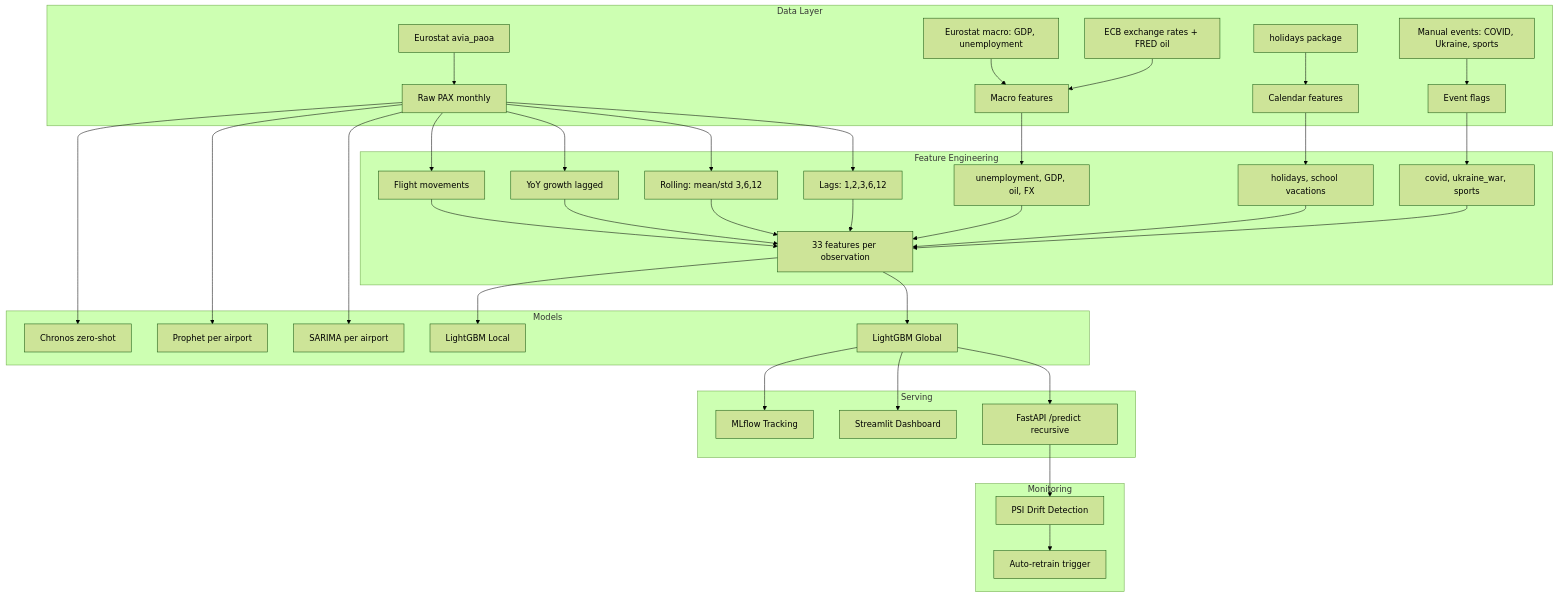
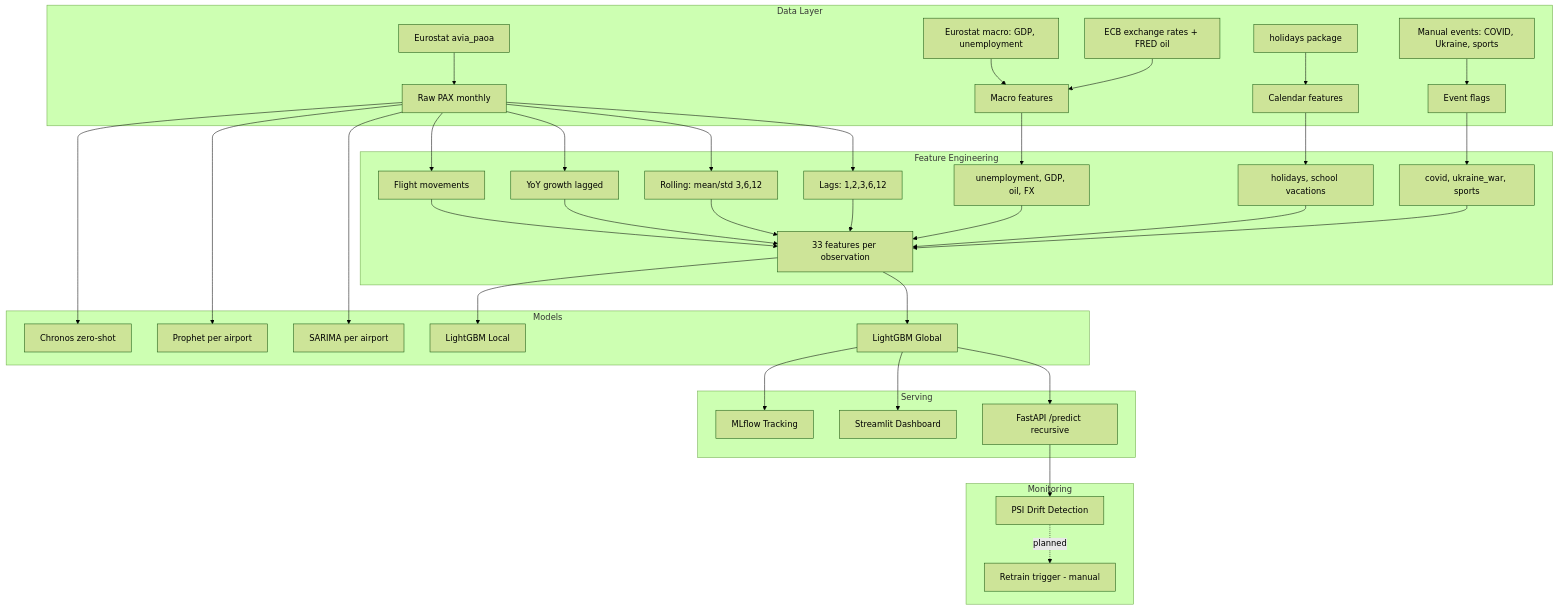
Before and after one commit to Airohh/airport-forecasting: the diagram in README.md, drawn with Mermaid (forest theme). The commit also changed other lines of this file and 15 other files, not shown here.

````diff
--- a/README.md
+++ b/README.md
@@ -7,40 +7,40 @@
 ```mermaid
 graph TD
     subgraph Data Layer
         A[Eurostat avia_paoa] --> D[Raw PAX monthly]
         B[Eurostat macro: GDP, unemployment] --> E[Macro features]
         C[ECB exchange rates + FRED oil] --> E
         F[holidays package] --> G[Calendar features]
         H[Manual events: COVID, Ukraine, sports] --> I[Event flags]
     end
 
     subgraph Feature Engineering
         D --> J[Lags: 1,2,3,6,12]
         D --> K[Rolling: mean/std 3,6,12]
         D --> L[YoY growth lagged]
         E --> M[unemployment, GDP, oil, FX]
         G --> N[holidays, school vacations]
         I --> O[covid, ukraine_war, sports]
         D --> Q2[Flight movements]
         J & K & L & M & N & O & Q2 --> P[33 features per observation]
     end
 
     subgraph Models
         P --> Q[LightGBM Global]
         P --> R[LightGBM Local]
         D --> S[SARIMA per airport]
         D --> T[Prophet per airport]
         D --> U[Chronos zero-shot]
     end
 
     subgraph Serving
         Q --> V[FastAPI /predict recursive]
         Q --> W[Streamlit Dashboard]
         Q --> X[MLflow Tracking]
     end
 
     subgraph Monitoring
         V --> Y[PSI Drift Detection]
-        Y --> Z[Auto-retrain trigger]
+        Y -.planned.-> Z[Retrain trigger - manual]
     end
 ```
````
